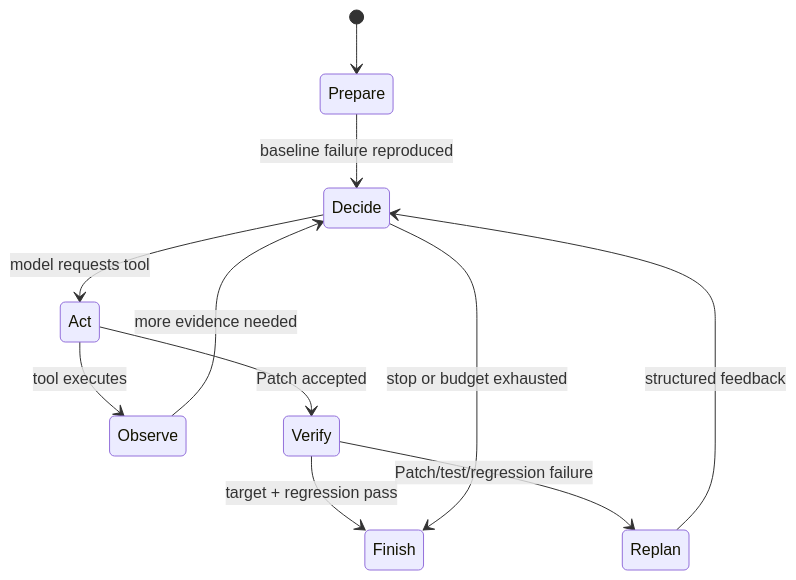
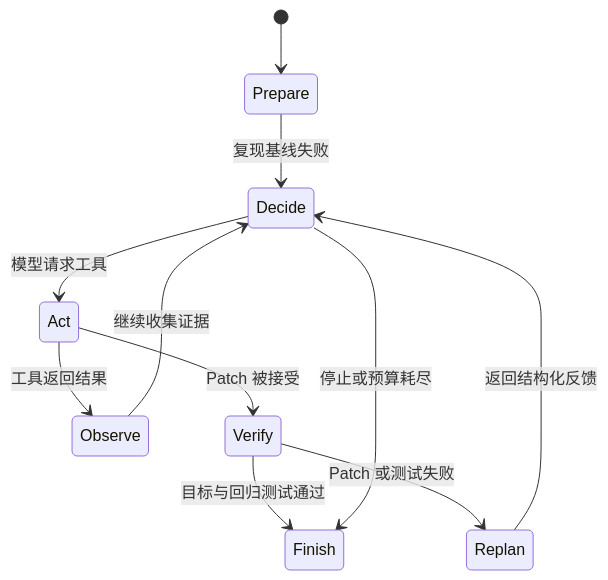
Before and after one commit to whytomato/RepoSuture: the diagram in README.md, drawn with Mermaid. The commit also changed other lines of this file and 19 other files, not shown here.

````diff
--- a/README.md
+++ b/README.md
@@ -47,13 +36,13 @@
 ```mermaid
 stateDiagram-v2
     [*] --> Prepare
-    Prepare --> Decide: baseline failure reproduced
-    Decide --> Act: model requests tool
-    Act --> Observe: tool executes
-    Observe --> Decide: more evidence needed
-    Act --> Verify: Patch accepted
-    Verify --> Finish: target + regression pass
-    Verify --> Replan: Patch/test/regression failure
-    Replan --> Decide: structured feedback
-    Decide --> Finish: stop or budget exhausted
+    Prepare --> Decide: 复现基线失败
+    Decide --> Act: 模型请求工具
+    Act --> Observe: 工具返回结果
+    Observe --> Decide: 继续收集证据
+    Act --> Verify: Patch 被接受
+    Verify --> Finish: 目标与回归测试通过
+    Verify --> Replan: Patch 或测试失败
+    Replan --> Decide: 返回结构化反馈
+    Decide --> Finish: 停止或预算耗尽
 ```
````
